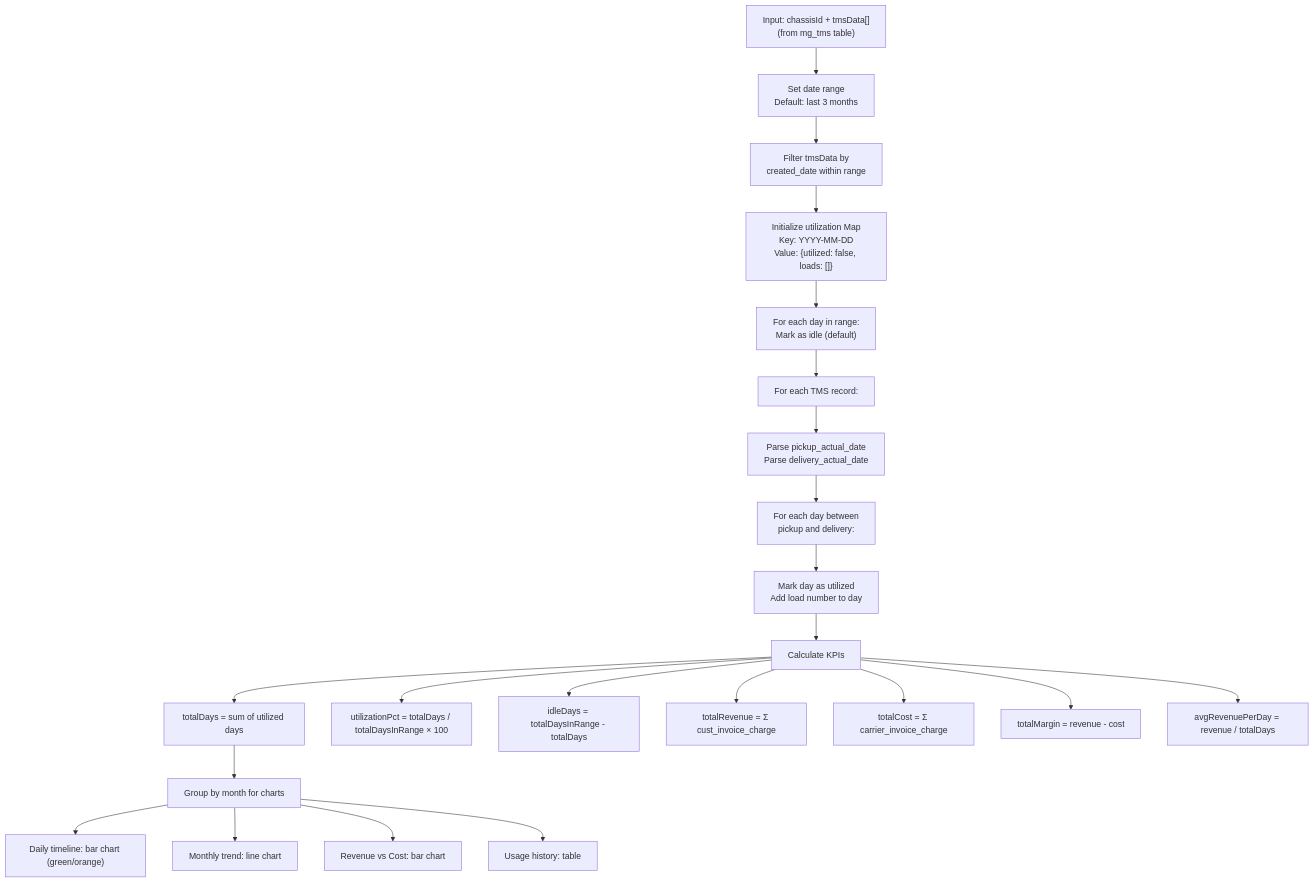
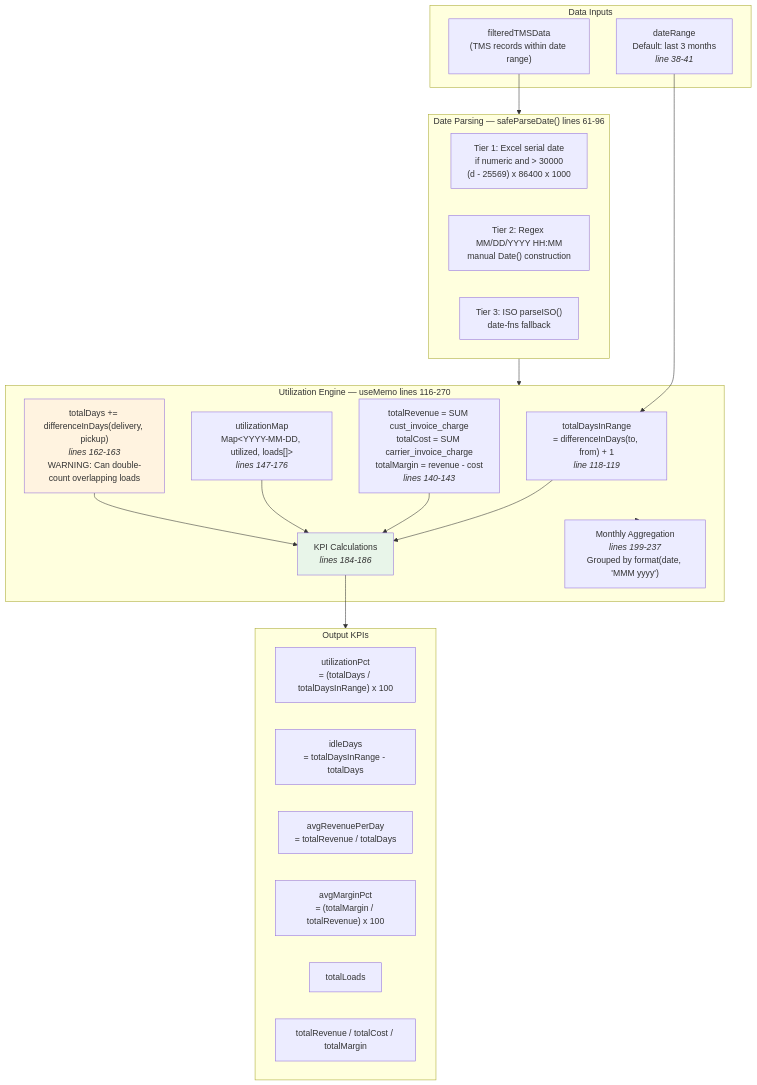
One commit to RichKingsASU/chassis-compass-navigator changed the seventh of 14 diagrams in BUSINESS_LOGIC_REPORT.md. Above: the diagram before and after it, drawn with Mermaid. The commit also changed other lines of this file, not shown here.

First line of the commit message:
Update BUSINESS_LOGIC_REPORT.md with PASS 2 — verified file:line refs, corrected data

````diff
--- a/BUSINESS_LOGIC_REPORT.md
+++ b/BUSINESS_LOGIC_REPORT.md
@@ -662,28 +625,44 @@
 ```mermaid
-flowchart TD
-    A["Input: chassisId + tmsData[]<br/>(from mg_tms table)"] --> B["Set date range<br/>Default: last 3 months"]
-    B --> C["Filter tmsData by<br/>created_date within range"]
-    C --> D["Initialize utilization Map<br/>Key: YYYY-MM-DD<br/>Value: {utilized: false, loads: []}"]
+flowchart TB
+    subgraph Inputs["Data Inputs"]
+        TMS["filteredTMSData<br/>(TMS records within date range)"]
+        RANGE["dateRange<br/>Default: last 3 months<br/><i>line 38-41</i>"]
+    end
 
-    D --> E["For each day in range:<br/>Mark as idle (default)"]
+    subgraph DateParsing["Date Parsing — safeParseDate() lines 61-96"]
+        TIER1["Tier 1: Excel serial date<br/>if numeric and > 30000<br/>(d - 25569) x 86400 x 1000"]
+        TIER2["Tier 2: Regex MM/DD/YYYY HH:MM<br/>manual Date() construction"]
+        TIER3["Tier 3: ISO parseISO()<br/>date-fns fallback"]
+    end
 
-    E --> F["For each TMS record:"]
-    F --> G["Parse pickup_actual_date<br/>Parse delivery_actual_date"]
-    G --> H["For each day between<br/>pickup and delivery:"]
-    H --> I["Mark day as utilized<br/>Add load number to day"]
+    subgraph Core["Utilization Engine — useMemo lines 116-270"]
+        TOTAL_RANGE["totalDaysInRange<br/>= differenceInDays(to, from) + 1<br/><i>line 118-119</i>"]
+        REV_COST["totalRevenue = SUM cust_invoice_charge<br/>totalCost = SUM carrier_invoice_charge<br/>totalMargin = revenue - cost<br/><i>lines 140-143</i>"]
+        UTIL_MAP["utilizationMap<br/>Map&lt;YYYY-MM-DD, utilized, loads[]&gt;<br/><i>lines 147-176</i>"]
+        TOTAL_DAYS["totalDays += differenceInDays(delivery, pickup)<br/><i>lines 162-163</i><br/>WARNING: Can double-count overlapping loads"]
+        KPIS["KPI Calculations<br/><i>lines 184-186</i>"]
+        MONTHLY["Monthly Aggregation<br/><i>lines 199-237</i><br/>Grouped by format(date, 'MMM yyyy')"]
+    end
 
-    I --> J["Calculate KPIs"]
-    J --> K["totalDays = sum of utilized days"]
-    J --> L["utilizationPct = totalDays / totalDaysInRange × 100"]
-    J --> M["idleDays = totalDaysInRange - totalDays"]
-    J --> N["totalRevenue = Σ cust_invoice_charge"]
-    J --> O["totalCost = Σ carrier_invoice_charge"]
-    J --> P["totalMargin = revenue - cost"]
-    J --> Q["avgRevenuePerDay = revenue / totalDays"]
+    subgraph Output["Output KPIs"]
+        K1["utilizationPct<br/>= (totalDays / totalDaysInRange) x 100"]
+        K2["idleDays<br/>= totalDaysInRange - totalDays"]
+        K3["avgRevenuePerDay<br/>= totalRevenue / totalDays"]
+        K4["avgMarginPct<br/>= (totalMargin / totalRevenue) x 100"]
+        K5["totalLoads"]
+        K6["totalRevenue / totalCost / totalMargin"]
+    end
 
-    K --> R["Group by month for charts"]
-    R --> S["Daily timeline: bar chart (green/orange)"]
-    R --> T["Monthly trend: line chart"]
-    R --> U["Revenue vs Cost: bar chart"]
-    R --> V["Usage history: table"]
+    TMS --> DateParsing
+    RANGE --> TOTAL_RANGE
+    DateParsing --> Core
+    TOTAL_RANGE --> KPIS
+    REV_COST --> KPIS
+    UTIL_MAP --> KPIS
+    TOTAL_DAYS --> KPIS
+    KPIS --> Output
+    Core --> MONTHLY
+
+    style TOTAL_DAYS fill:#fff3e0
+    style KPIS fill:#e8f5e9
 ```
````
